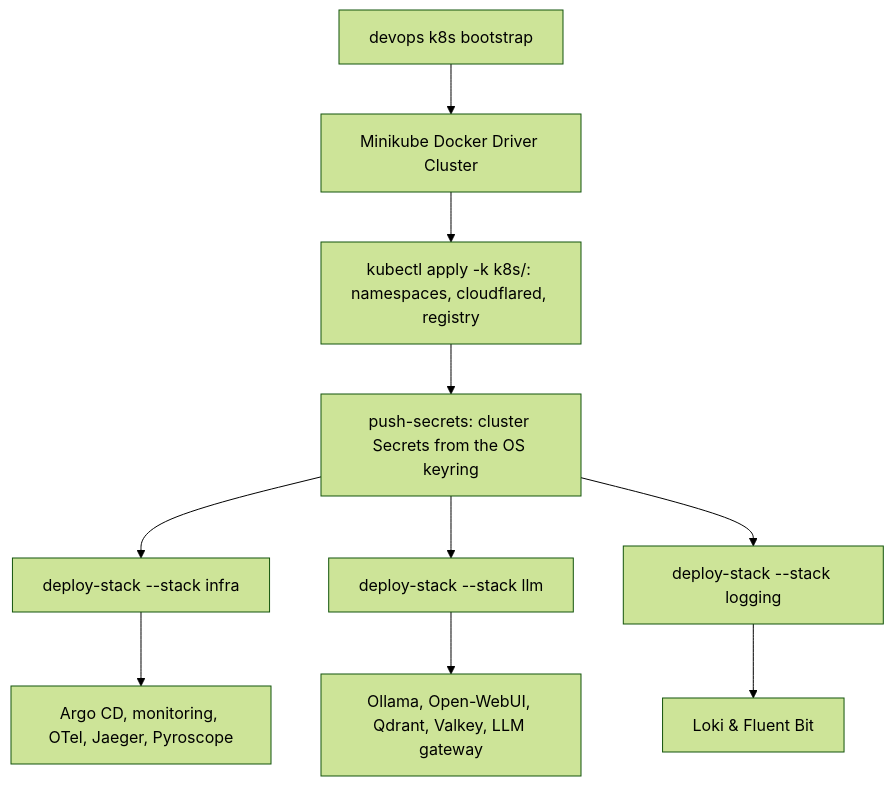
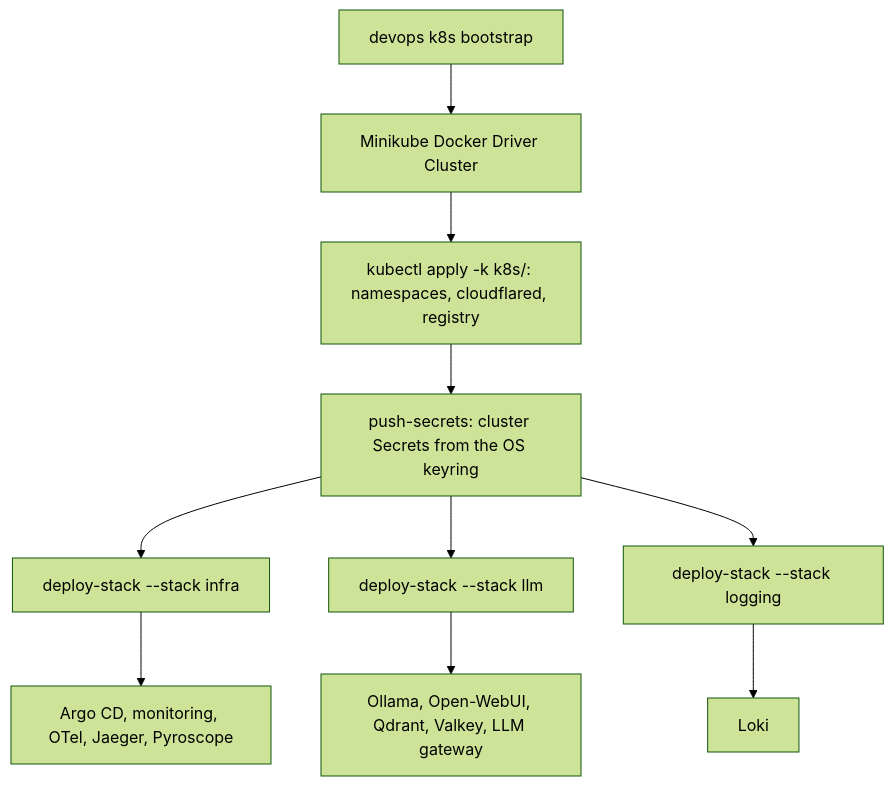
The diagram in src/devops_cli/ai/knowledge_base/devops_cli/tasks/k8s_stack_deployment.md (dan-petty/devops-cli), drawn with Mermaid (forest theme) before and after one commit. The commit also changed other lines of this file and 13 other files, not shown here.

````diff
--- a/src/devops_cli/ai/knowledge_base/devops_cli/tasks/k8s_stack_deployment.md
+++ b/src/devops_cli/ai/knowledge_base/devops_cli/tasks/k8s_stack_deployment.md
@@ -11,12 +11,12 @@
 ```mermaid
 graph TD
     A[devops k8s bootstrap] --> B[Minikube Docker Driver Cluster]
     B --> N[kubectl apply -k k8s/: namespaces, cloudflared, registry]
     N --> S[push-secrets: cluster Secrets from the OS keyring]
     S --> C[deploy-stack --stack infra]
     S --> D[deploy-stack --stack llm]
     S --> E[deploy-stack --stack logging]
     C --> F[Argo CD, monitoring, OTel, Jaeger, Pyroscope]
     D --> G[Ollama, Open-WebUI, Qdrant, Valkey, LLM gateway]
-    E --> H[Loki & Fluent Bit]
+    E --> H[Loki]
 ```
````
